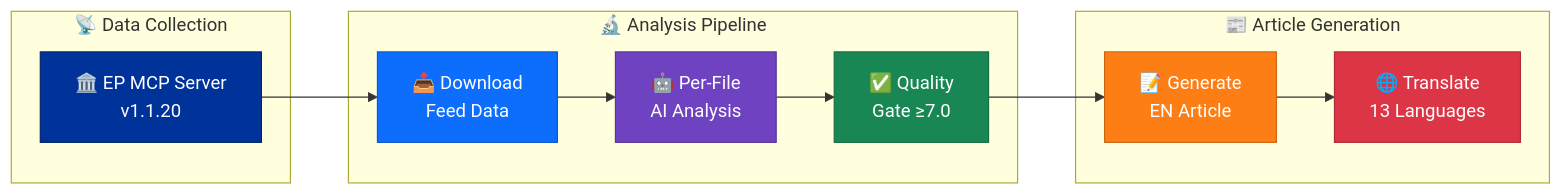
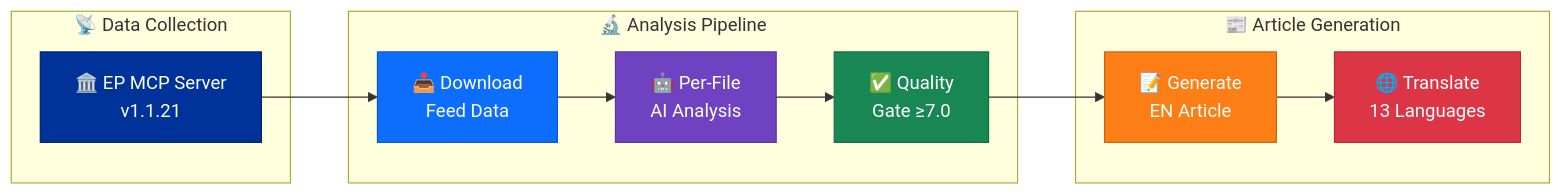
The first of 7 diagrams in analysis/README.md (Hack23/euparliamentmonitor), drawn with Mermaid before and after one commit. The commit also changed other lines of this file and 25 other files, not shown here.

First line of the commit message:
chore: update european-parliament-mcp-server references from 1.1.20 to 1.1.21 across all files

````diff
--- a/analysis/README.md
+++ b/analysis/README.md
@@ -59,26 +59,26 @@
 ```mermaid
 flowchart LR
     subgraph "📡 Data Collection"
-        EP["🏛️ EP MCP Server\nv1.1.20"]
+        EP["🏛️ EP MCP Server\nv1.1.21"]
     end
 
     subgraph "🔬 Analysis Pipeline"
         DL["📥 Download\nFeed Data"]
         AI["🤖 Per-File\nAI Analysis"]
         QG["✅ Quality\nGate ≥7.0"]
     end
 
     subgraph "📰 Article Generation"
         GEN["📝 Generate\nEN Article"]
         TR["🌐 Translate\n13 Languages"]
     end
 
     EP --> DL --> AI --> QG --> GEN --> TR
 
     style EP fill:#003399,stroke:#002266,color:#fff
     style DL fill:#0d6efd,stroke:#0a58ca,color:#fff
     style AI fill:#6f42c1,stroke:#59359a,color:#fff
     style QG fill:#198754,stroke:#146c43,color:#fff
     style GEN fill:#fd7e14,stroke:#ca6510,color:#fff
     style TR fill:#dc3545,stroke:#b02a37,color:#fff
 ```
````
